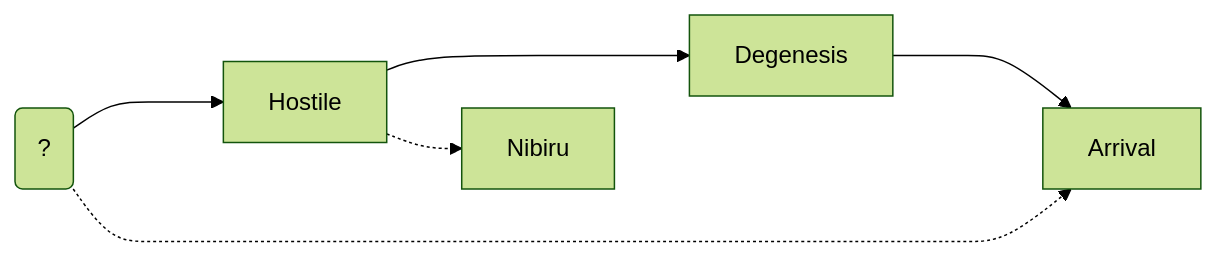
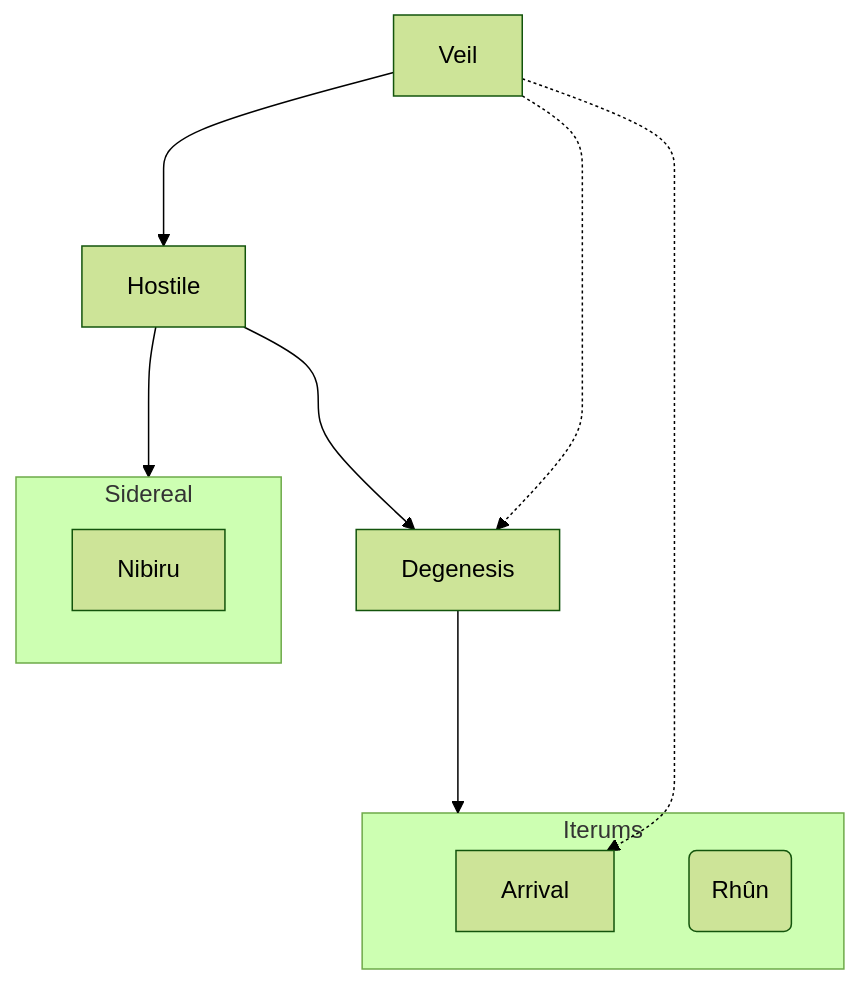
One commit to yochaigal/cairn changed the diagram in Cosmology.md. Above: the diagram before and after it, drawn with Mermaid. The commit also changed other lines of this file and 3 other files, not shown here.

````diff
--- a/Cosmology.md
+++ b/Cosmology.md
@@ -11,16 +12,27 @@
 ```mermaid
 %%{init: {'theme':'forest'}}%%
-graph LR
-    Veil("?")
+graph TD
+    Veil
+    Hostile
+    Degenesis
+    
+    subgraph Sidereal
+		Nibiru 
+	end
+	subgraph Iterums
+		Arrival
+		Rhun("Rhûn")
+	end
     
     Veil ---> Hostile
     Veil -.-> Arrival
+    Veil -.-> Degenesis
     Hostile ---> Degenesis
-    Hostile -.-> Nibiru
-    Degenesis ---> Arrival
+    Hostile ---> Sidereal
+    Degenesis ---> Iterums
     
     click Hostile "https://terra-campaigns.github.io/hostile/" _blank
     click Degenesis "https://terra-campaigns.github.io/degenesis/" _blank
     click Nibiru "https://terra-campaigns.github.io/nibiru/" _blank
     click Arrival "https://terra-campaigns.github.io/arrival/" _blank
 ```
````
